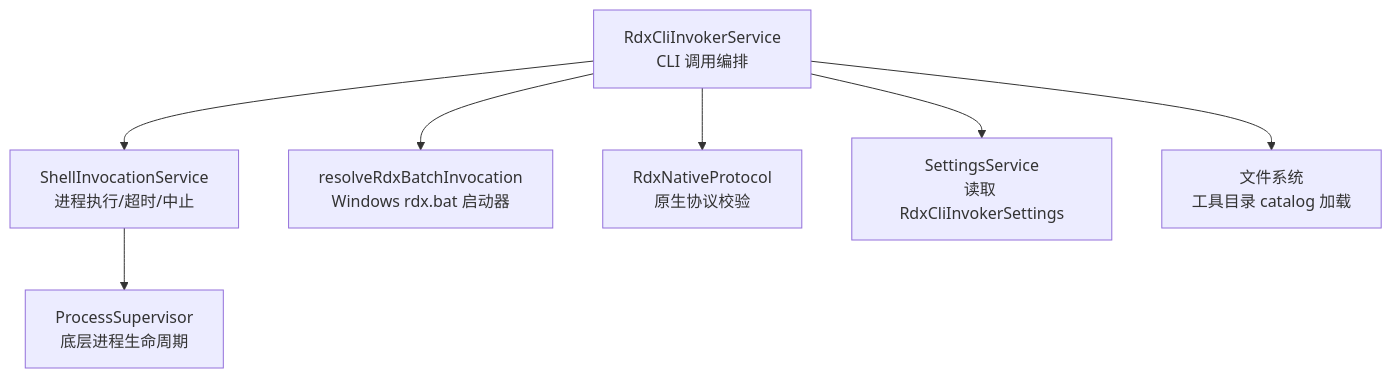
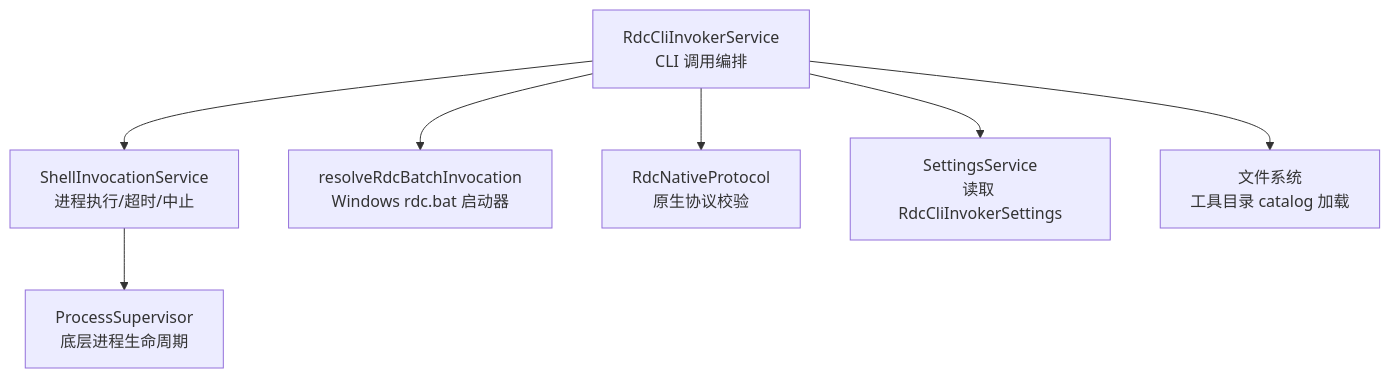
The first of 5 diagrams in .qoder/repowiki/zh/content/API 参考/工具 API/CLI 工具接口.md (haolange/RDC-Agent), drawn with Mermaid before and after one commit. The commit also changed other lines of this file and 557 other files, not shown here.

````diff
--- a/.qoder/repowiki/zh/content/API 参考/工具 API/CLI 工具接口.md
+++ b/.qoder/repowiki/zh/content/API 参考/工具 API/CLI 工具接口.md
@@ -31,9 +31,9 @@
 ```mermaid
 graph TB
-A["RdxCliInvokerService<br/>CLI 调用编排"] --> B["ShellInvocationService<br/>进程执行/超时/中止"]
-A --> C["resolveRdxBatchInvocation<br/>Windows rdx.bat 启动器"]
-A --> D["RdxNativeProtocol<br/>原生协议校验"]
-A --> E["SettingsService<br/>读取 RdxCliInvokerSettings"]
+A["RdcCliInvokerService<br/>CLI 调用编排"] --> B["ShellInvocationService<br/>进程执行/超时/中止"]
+A --> C["resolveRdcBatchInvocation<br/>Windows rdc.bat 启动器"]
+A --> D["RdcNativeProtocol<br/>原生协议校验"]
+A --> E["SettingsService<br/>读取 RdcCliInvokerSettings"]
 A --> F["文件系统<br/>工具目录 catalog 加载"]
 B --> G["ProcessSupervisor<br/>底层进程生命周期"]
 ```
````
